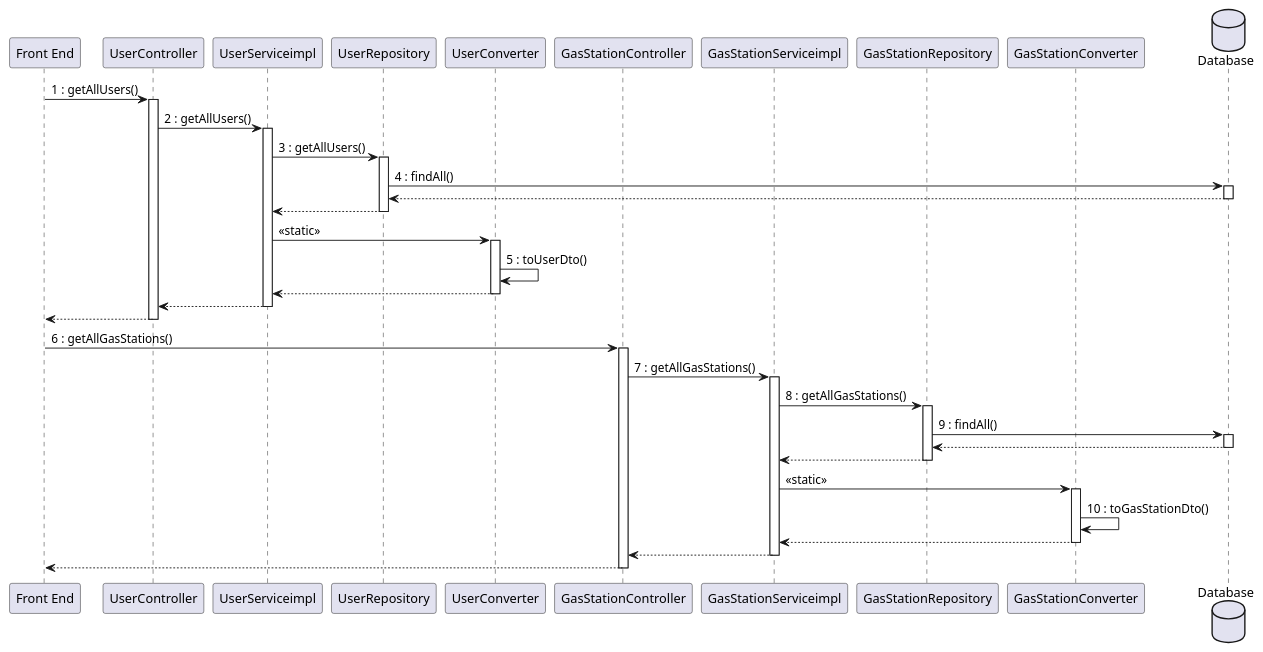
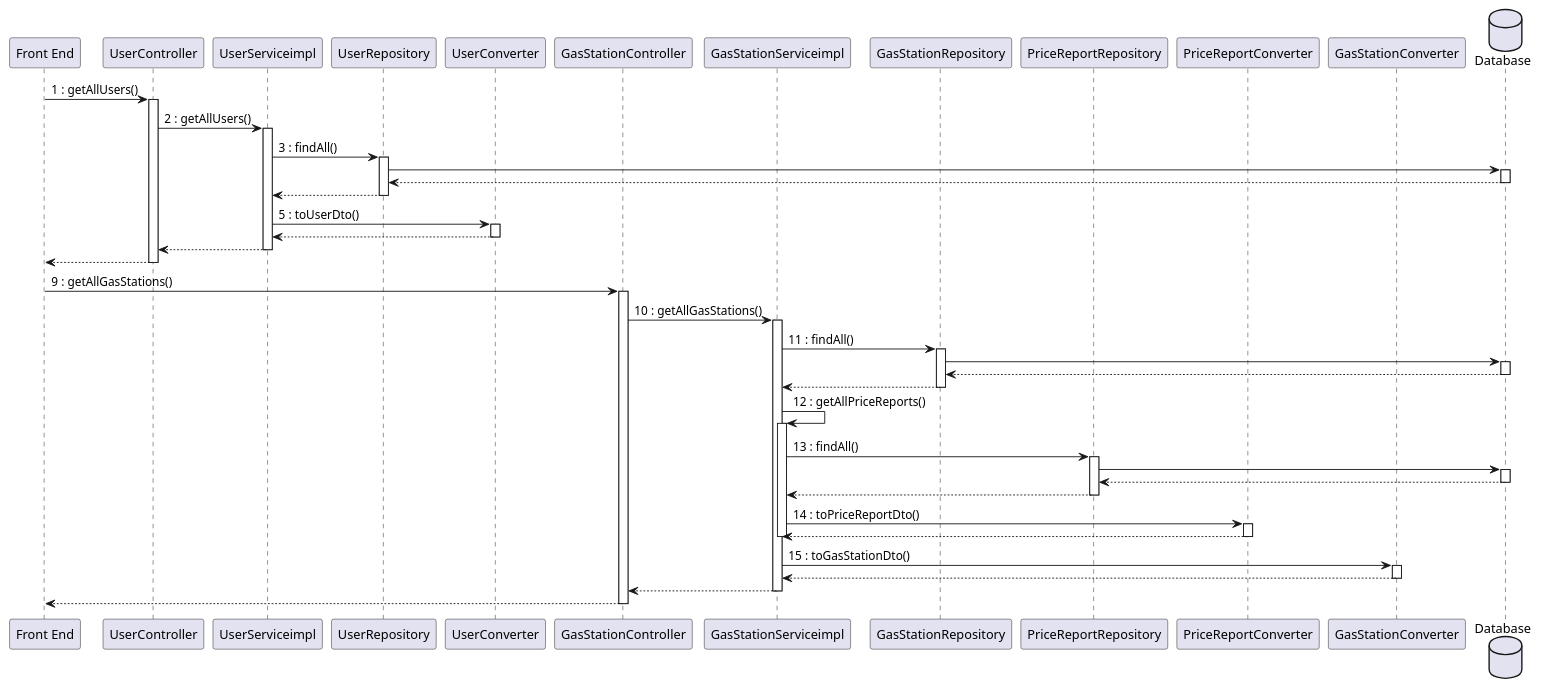
Diagram 13 of 15 in docs/DesignDocument.md (mosTavassoli/ezgas), drawn with PlantUML before and after one commit. The commit also changed other lines of this file, not shown here.

Commit message:
docs(DesignDocument): fix and improve sequence diagrams

````diff
--- a/docs/DesignDocument.md
+++ b/docs/DesignDocument.md
@@ -798,36 +833,46 @@
 ```plantuml
 database Database order 30
 "Front End" -> UserController:1 : getAllUsers()
 activate UserController
 UserController -> UserServiceimpl:2 : getAllUsers()
 activate UserServiceimpl
-UserServiceimpl -> UserRepository:3 : getAllUsers()
+UserServiceimpl -> UserRepository:3 : findAll()
 activate UserRepository
-UserRepository -> Database:4 : findAll()
+UserRepository -> Database
 activate Database
 return
 return
-UserServiceimpl -> UserConverter:<<static>>
+UserServiceimpl -> UserConverter:5 : toUserDto()
 activate UserConverter
-UserConverter -> UserConverter:5 : toUserDto()
 return
 return
 return
 
-"Front End" -> GasStationController:6 : getAllGasStations()
+"Front End" -> GasStationController:9 : getAllGasStations()
 activate GasStationController
-GasStationController -> GasStationServiceimpl:7 : getAllGasStations()
+GasStationController -> GasStationServiceimpl:10 : getAllGasStations()
 activate GasStationServiceimpl
-GasStationServiceimpl -> GasStationRepository:8 : getAllGasStations()
+GasStationServiceimpl -> GasStationRepository:11 : findAll()
 activate GasStationRepository
-GasStationRepository -> Database:9 : findAll()
+GasStationRepository -> Database
 activate Database
 return
 return
-GasStationServiceimpl -> GasStationConverter:<<static>>
+GasStationServiceimpl -> GasStationServiceimpl:12 : getAllPriceReports()
+activate GasStationServiceimpl
+GasStationServiceimpl -> PriceReportRepository:13 : findAll()
+activate PriceReportRepository
+PriceReportRepository -> Database
+activate Database
+return
+return
+GasStationServiceimpl -> PriceReportConverter:14 : toPriceReportDto()
+activate PriceReportConverter
+return
+deactivate GasStationServiceimpl
+GasStationServiceimpl -> GasStationConverter:15 : toGasStationDto()
 activate GasStationConverter
-GasStationConverter -> GasStationConverter:10 : toGasStationDto()
 return
 return
 return
 ```
````
